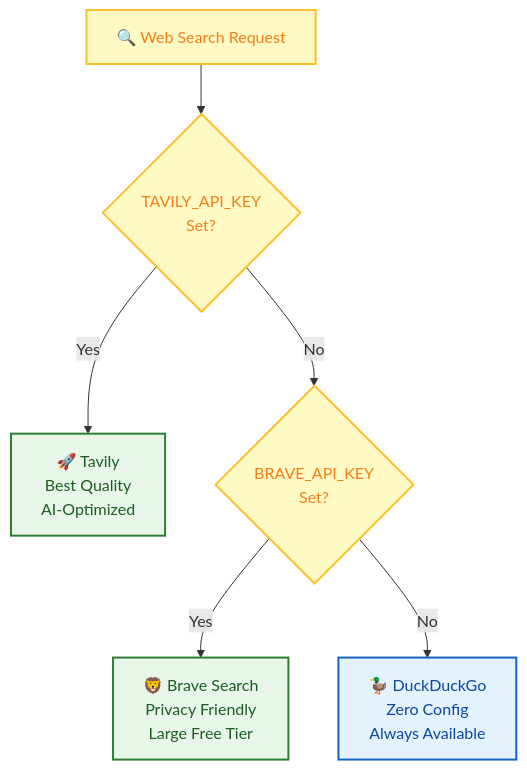
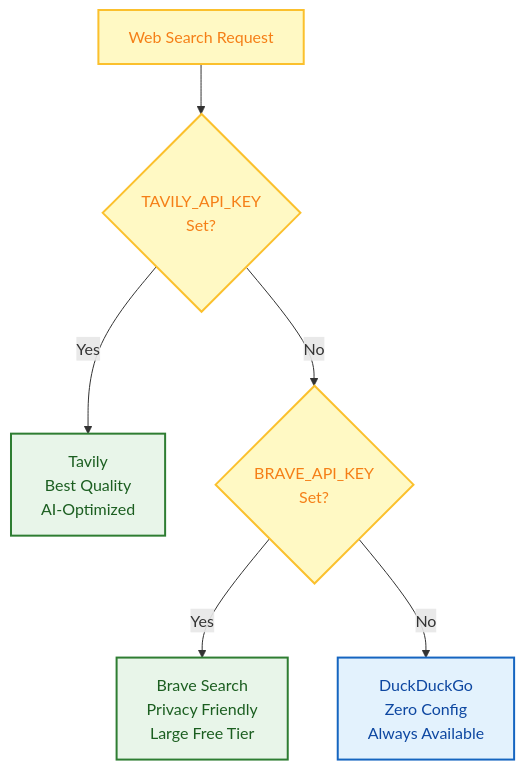
One commit to xt765/FinchBot changed the seventh of 8 diagrams in README.md. Above: the diagram before and after it, drawn with Mermaid. The commit also changed other lines of this file and 18 other files, not shown here.

First line of the commit message:
docs: 简化架构图并删除所有mermaid图中的表情包

````diff
--- a/README.md
+++ b/README.md
@@ -561,23 +476,22 @@
 ```mermaid
 flowchart TD
-    %% Style Definitions
     classDef check fill:#fff9c4,stroke:#fbc02d,stroke-width:2px,color:#f57f17;
     classDef engine fill:#e8f5e9,stroke:#2e7d32,stroke-width:2px,color:#1b5e20;
     classDef fallback fill:#e3f2fd,stroke:#1565c0,stroke-width:2px,color:#0d47a1;
 
-    Start[🔍 Web Search Request]:::check
-  
+    Start[Web Search Request]:::check
+    
     Check1{TAVILY_API_KEY<br/>Set?}:::check
-    Tavily[🚀 Tavily<br/>Best Quality<br/>AI-Optimized]:::engine
-  
+    Tavily[Tavily<br/>Best Quality<br/>AI-Optimized]:::engine
+    
     Check2{BRAVE_API_KEY<br/>Set?}:::check
-    Brave[🦁 Brave Search<br/>Privacy Friendly<br/>Large Free Tier]:::engine
-  
-    DDG[🦆 DuckDuckGo<br/>Zero Config<br/>Always Available]:::fallback
+    Brave[Brave Search<br/>Privacy Friendly<br/>Large Free Tier]:::engine
+    
+    DDG[DuckDuckGo<br/>Zero Config<br/>Always Available]:::fallback
 
     Start --> Check1
     Check1 -->|Yes| Tavily
     Check1 -->|No| Check2
     Check2 -->|Yes| Brave
     Check2 -->|No| DDG
 ```
````
